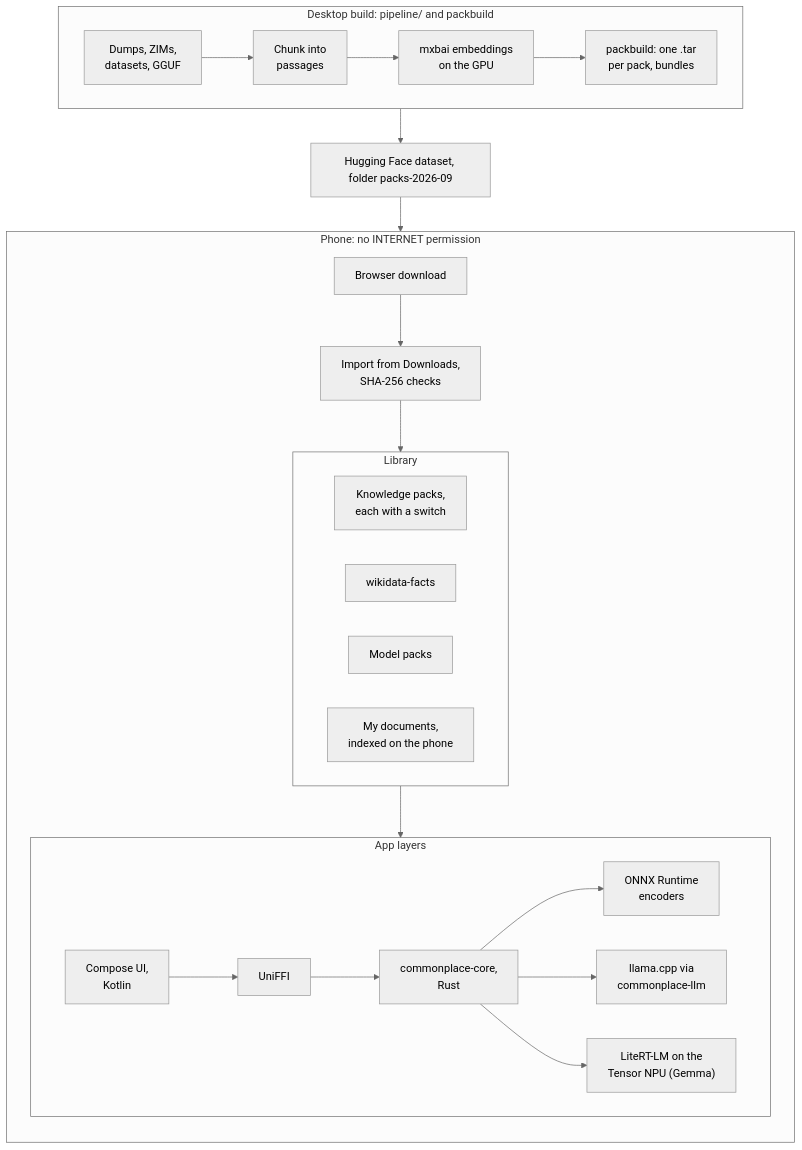
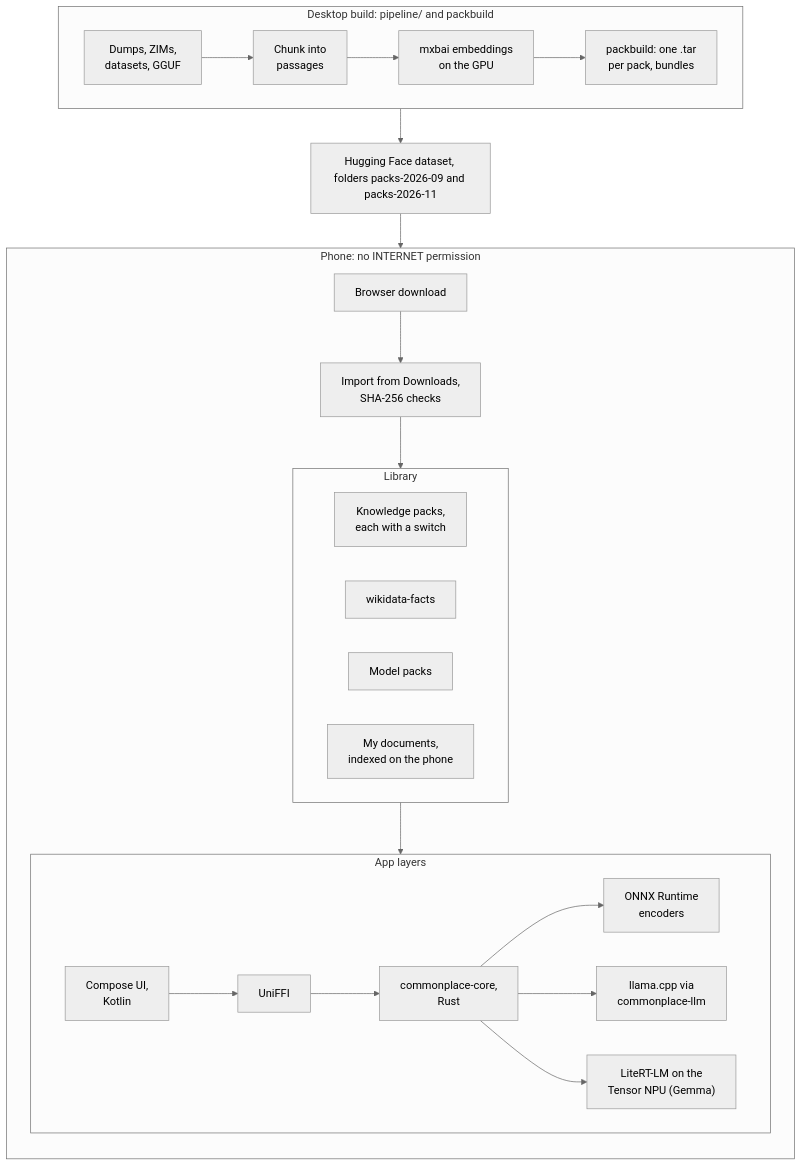
The fourth of 5 diagrams in README.md (0xPD33/commonplace), drawn with Mermaid (neutral theme) before and after one commit. The commit also changed 4 other files, not shown here.

````diff
--- a/README.md
+++ b/README.md
@@ -179,29 +179,29 @@
 ```mermaid
 flowchart TB
   subgraph Desktop["Desktop build: pipeline/ and packbuild"]
     direction LR
     SRC["Dumps, ZIMs,<br/>datasets, GGUF"] --> CHUNK["Chunk into<br/>passages"] --> EMB["mxbai embeddings<br/>on the GPU"] --> PB["packbuild: one .tar<br/>per pack, bundles"]
   end
-  PB --> HF["Hugging Face dataset, folder packs-2026-09"]
+  PB --> HF["Hugging Face dataset, folders packs-2026-09 and packs-2026-11"]
   HF --> BR
   subgraph Phone["Phone: no INTERNET permission"]
     direction TB
     BR["Browser download"] --> SAF["Import from Downloads,<br/>SHA-256 checks"]
     SAF --> LIB
     subgraph LIB["Library"]
       direction LR
       KP["Knowledge packs,<br/>each with a switch"]
       WD["wikidata-facts"]
       MP["Model packs"]
       UD["My documents,<br/>indexed on the phone"]
     end
     LIB --> CORE
     subgraph App["App layers"]
       direction LR
       UI["Compose UI,<br/>Kotlin"] --> FFI["UniFFI"] --> CORE["commonplace-core,<br/>Rust"]
       CORE --> ORT["ONNX Runtime<br/>encoders"]
       CORE --> LLM["llama.cpp via<br/>commonplace-llm"]
       CORE --> LRT["LiteRT-LM on the<br/>Tensor NPU (Gemma)"]
     end
   end
 ```
````
